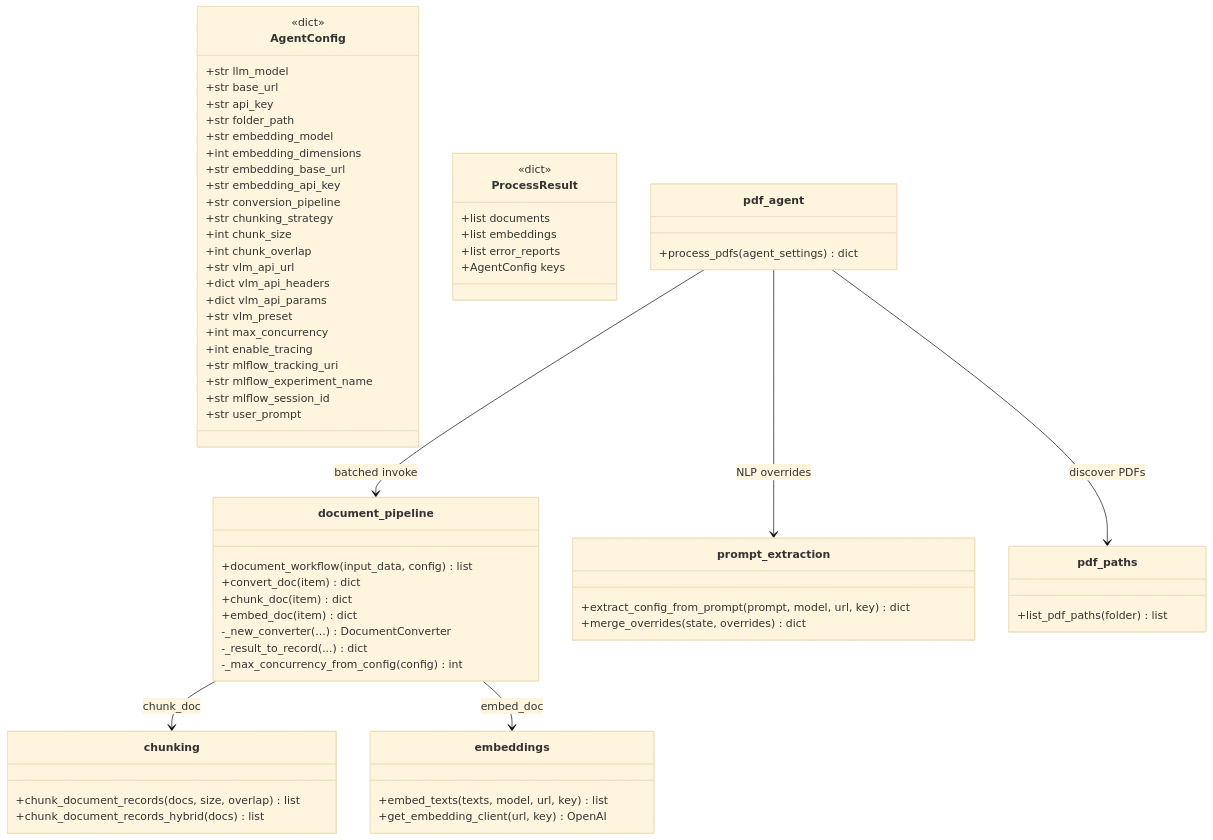
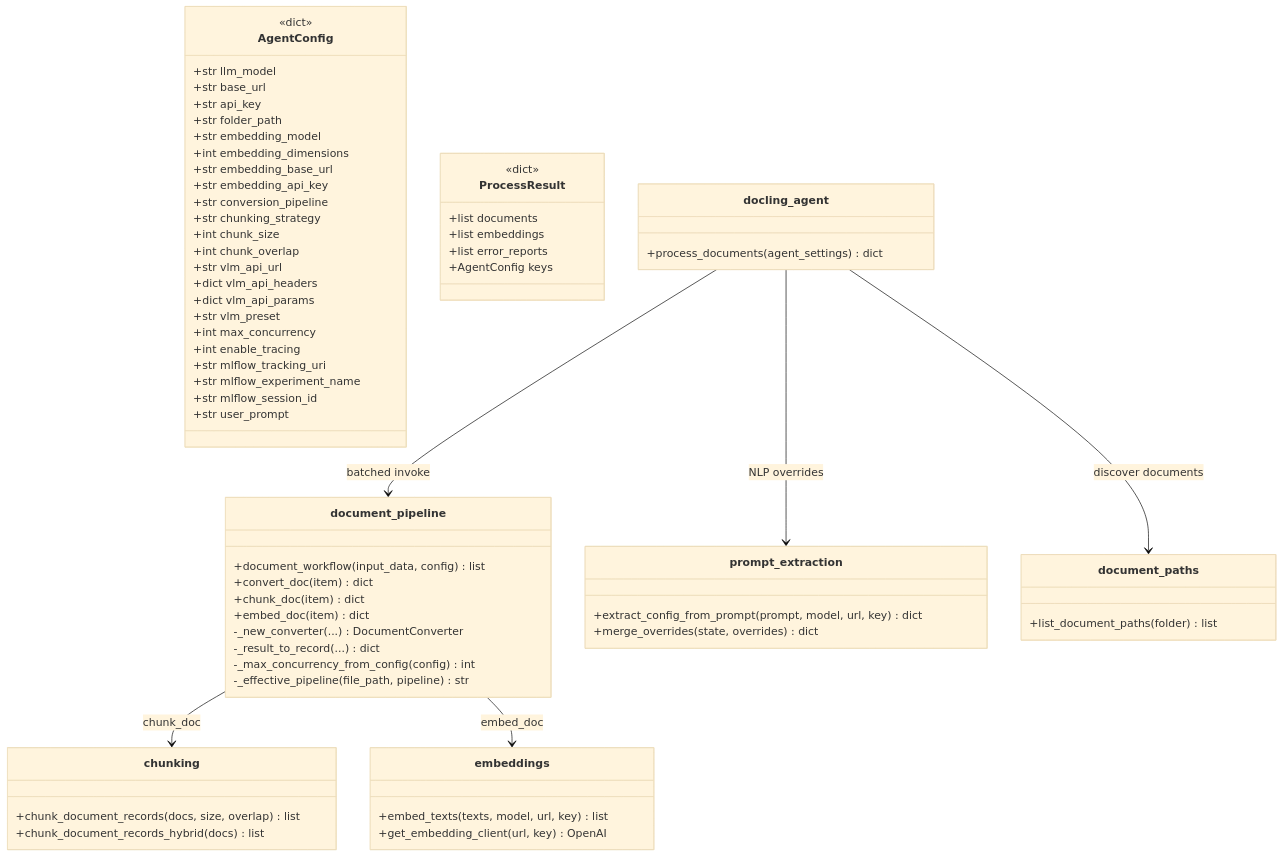
The third of 3 diagrams in AGENTS.md (mcaimi/docling-agent), drawn with Mermaid (base theme) before and after one commit. The commit also changed other lines of this file and 1 other file, not shown here.

````diff
--- a/AGENTS.md
+++ b/AGENTS.md
@@ -133,75 +144,76 @@
 ```mermaid
 classDiagram
     class AgentConfig {
         <<dict>>
         +str llm_model
         +str base_url
         +str api_key
         +str folder_path
         +str embedding_model
         +int embedding_dimensions
         +str embedding_base_url
         +str embedding_api_key
         +str conversion_pipeline
         +str chunking_strategy
         +int chunk_size
         +int chunk_overlap
         +str vlm_api_url
         +dict vlm_api_headers
         +dict vlm_api_params
         +str vlm_preset
         +int max_concurrency
         +int enable_tracing
         +str mlflow_tracking_uri
         +str mlflow_experiment_name
         +str mlflow_session_id
         +str user_prompt
     }
 
     class ProcessResult {
         <<dict>>
         +list documents
         +list embeddings
         +list error_reports
         +AgentConfig keys
     }
 
     class document_pipeline {
         +document_workflow(input_data, config) list
         +convert_doc(item) dict
         +chunk_doc(item) dict
         +embed_doc(item) dict
         -_new_converter(...) DocumentConverter
         -_result_to_record(...) dict
         -_max_concurrency_from_config(config) int
+        -_effective_pipeline(file_path, pipeline) str
     }
 
     class prompt_extraction {
         +extract_config_from_prompt(prompt, model, url, key) dict
         +merge_overrides(state, overrides) dict
     }
 
     class chunking {
         +chunk_document_records(docs, size, overlap) list
         +chunk_document_records_hybrid(docs) list
     }
 
     class embeddings {
         +embed_texts(texts, model, url, key) list
         +get_embedding_client(url, key) OpenAI
     }
 
-    class pdf_paths {
-        +list_pdf_paths(folder) list
+    class document_paths {
+        +list_document_paths(folder) list
     }
 
-    class pdf_agent {
-        +process_pdfs(agent_settings) dict
+    class docling_agent {
+        +process_documents(agent_settings) dict
     }
 
-    pdf_agent --> prompt_extraction : NLP overrides
-    pdf_agent --> pdf_paths : discover PDFs
-    pdf_agent --> document_pipeline : batched invoke
+    docling_agent --> prompt_extraction : NLP overrides
+    docling_agent --> document_paths : discover documents
+    docling_agent --> document_pipeline : batched invoke
     document_pipeline --> chunking : chunk_doc
     document_pipeline --> embeddings : embed_doc
 ```
````
